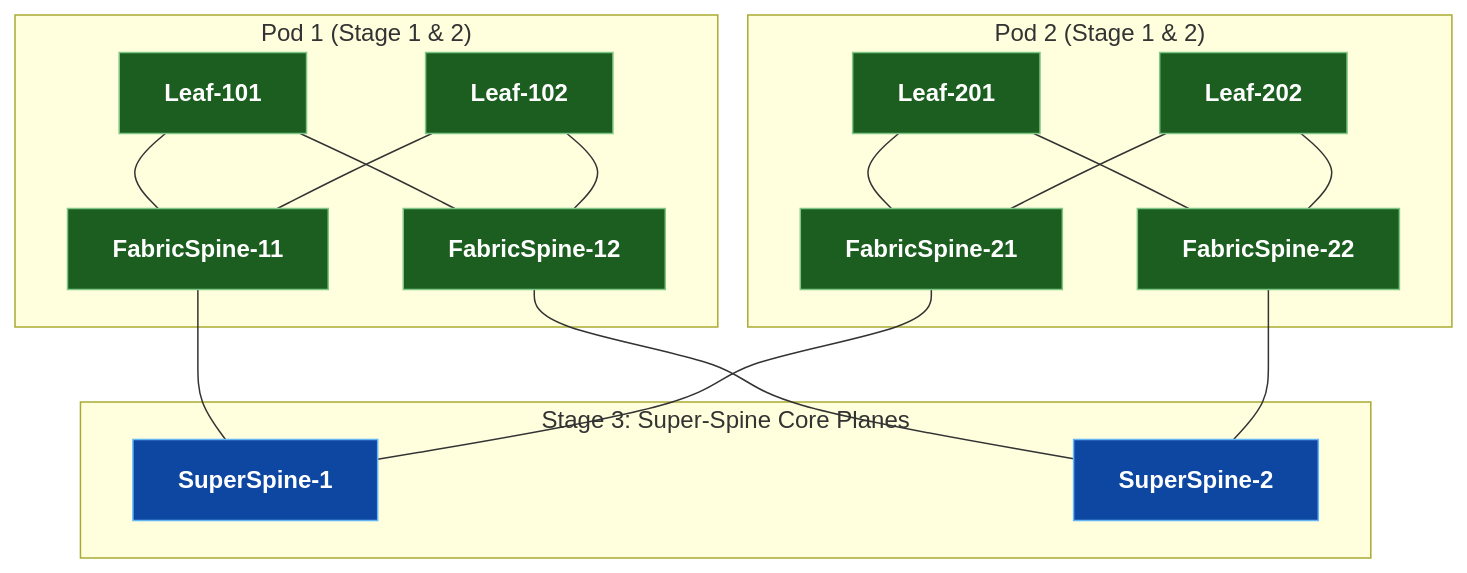
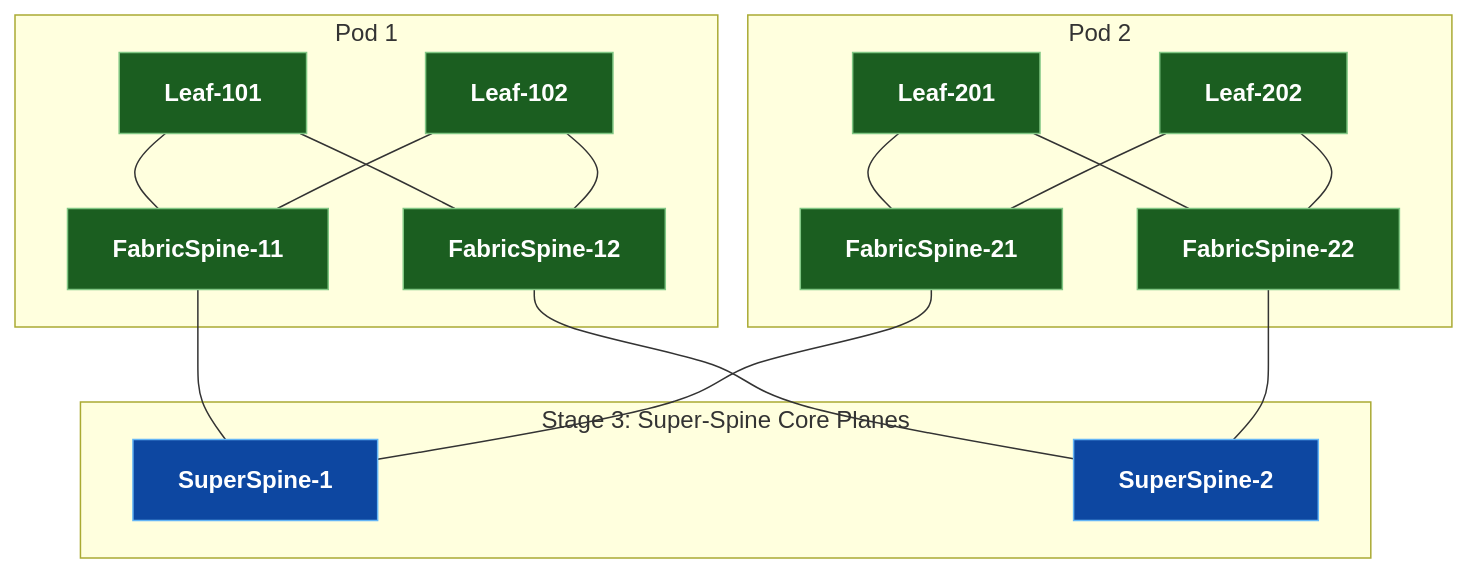
One commit to etherhtun/netforge-labs changed the first of 5 diagrams in docs/interview-prep/google-system-design.md. Above: the diagram before and after it, drawn with Mermaid. The commit also changed other lines of this file, not shown here.

Commit message:
fix(mermaid): update Mermaid syntax in google-system-design.md for 100% compatibility with Mermaid v11.16.1

````diff
--- a/docs/interview-prep/google-system-design.md
+++ b/docs/interview-prep/google-system-design.md
@@ -18,42 +18,42 @@
 ```mermaid
 graph TD
     subgraph STAGE3["Stage 3: Super-Spine Core Planes"]
       SS1["SuperSpine-1"]
       SS2["SuperSpine-2"]
     end
 
-    subgraph POD1["Pod 1 (Stage 1 & 2)"]
+    subgraph POD1["Pod 1"]
       FS11["FabricSpine-11"]
       FS12["FabricSpine-12"]
       L101["Leaf-101"]
       L102["Leaf-102"]
     end
 
-    subgraph POD2["Pod 2 (Stage 1 & 2)"]
+    subgraph POD2["Pod 2"]
       FS21["FabricSpine-21"]
       FS22["FabricSpine-22"]
       L201["Leaf-201"]
       L202["Leaf-202"]
     end
 
     L101 --- FS11
     L101 --- FS12
     L102 --- FS11
     L102 --- FS12
 
     FS11 --- SS1
     FS12 --- SS2
 
     L201 --- FS21
     L201 --- FS22
     L202 --- FS21
     L202 --- FS22
 
     FS21 --- SS1
     FS22 --- SS2
 
     classDef core fill:#0d47a1,stroke:#64b5f6,color:#ffffff,font-weight:bold;
     classDef pod fill:#1b5e20,stroke:#81c784,color:#ffffff,font-weight:bold;
     class SS1,SS2 core;
     class FS11,FS12,L101,L102,FS21,FS22,L201,L202 pod;
 ```
````
